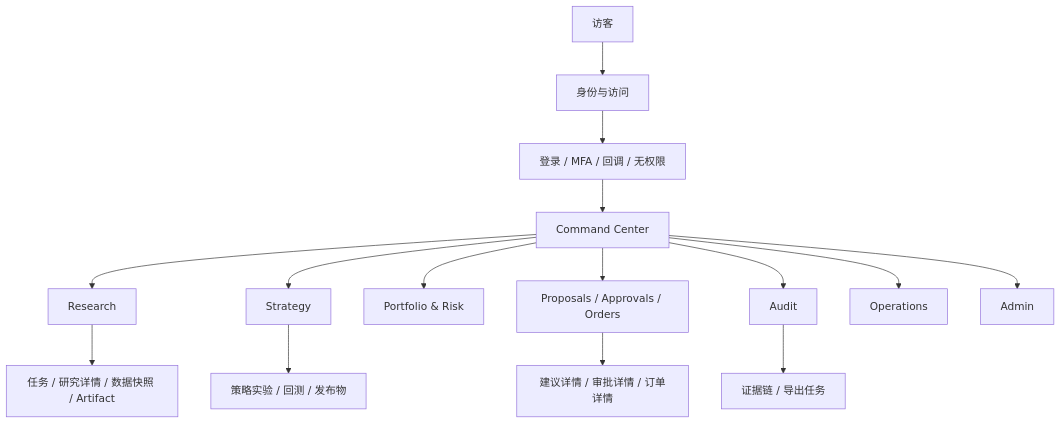
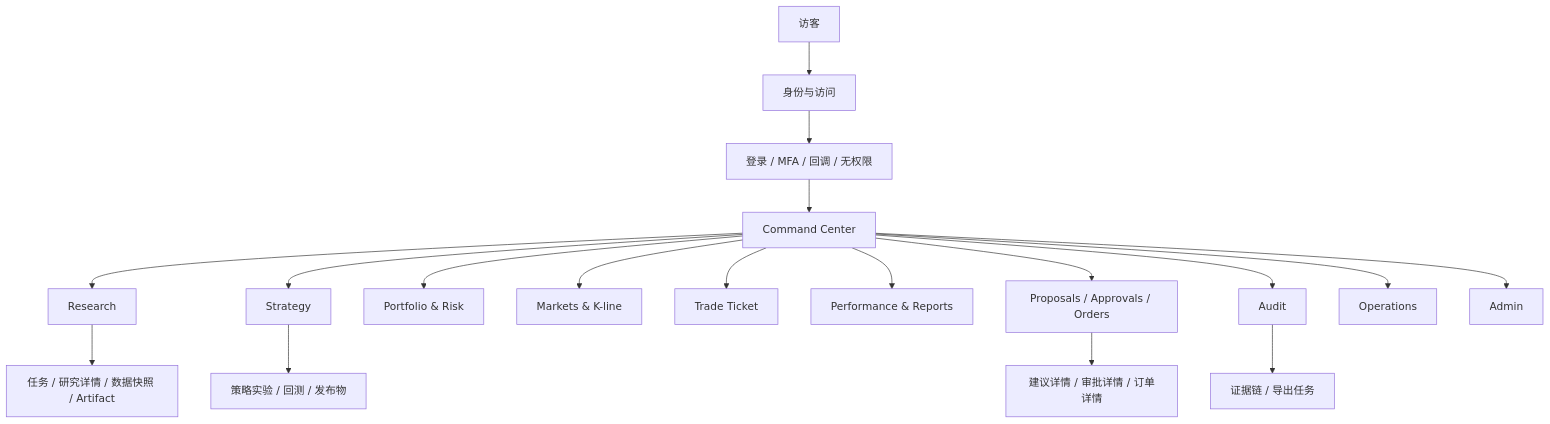
One commit to SumAlphaAI/QuantOS changed the first of 4 diagrams in docs/SumAlpha-QuantOS-Terminal-Frontend-Design-Spec.md. Above: the diagram before and after it, drawn with Mermaid. The commit also changed other lines of this file, not shown here.

````diff
--- a/docs/SumAlpha-QuantOS-Terminal-Frontend-Design-Spec.md
+++ b/docs/SumAlpha-QuantOS-Terminal-Frontend-Design-Spec.md
@@ -57,17 +57,20 @@
 ```mermaid
 flowchart TB
   V["访客"] --> I["身份与访问"]
   I --> L["登录 / MFA / 回调 / 无权限"]
   L --> C["Command Center"]
   C --> R["Research"]
   C --> S["Strategy"]
   C --> P["Portfolio & Risk"]
+  C --> K["Markets & K-line"]
+  C --> X["Trade Ticket"]
+  C --> Y["Performance & Reports"]
   C --> T["Proposals / Approvals / Orders"]
   C --> A["Audit"]
   C --> O["Operations"]
   C --> M["Admin"]
   R --> RD["任务 / 研究详情 / 数据快照 / Artifact"]
   S --> SD["策略实验 / 回测 / 发布物"]
   T --> TD["建议详情 / 审批详情 / 订单详情"]
   A --> AD["证据链 / 导出任务"]
 ```
````
